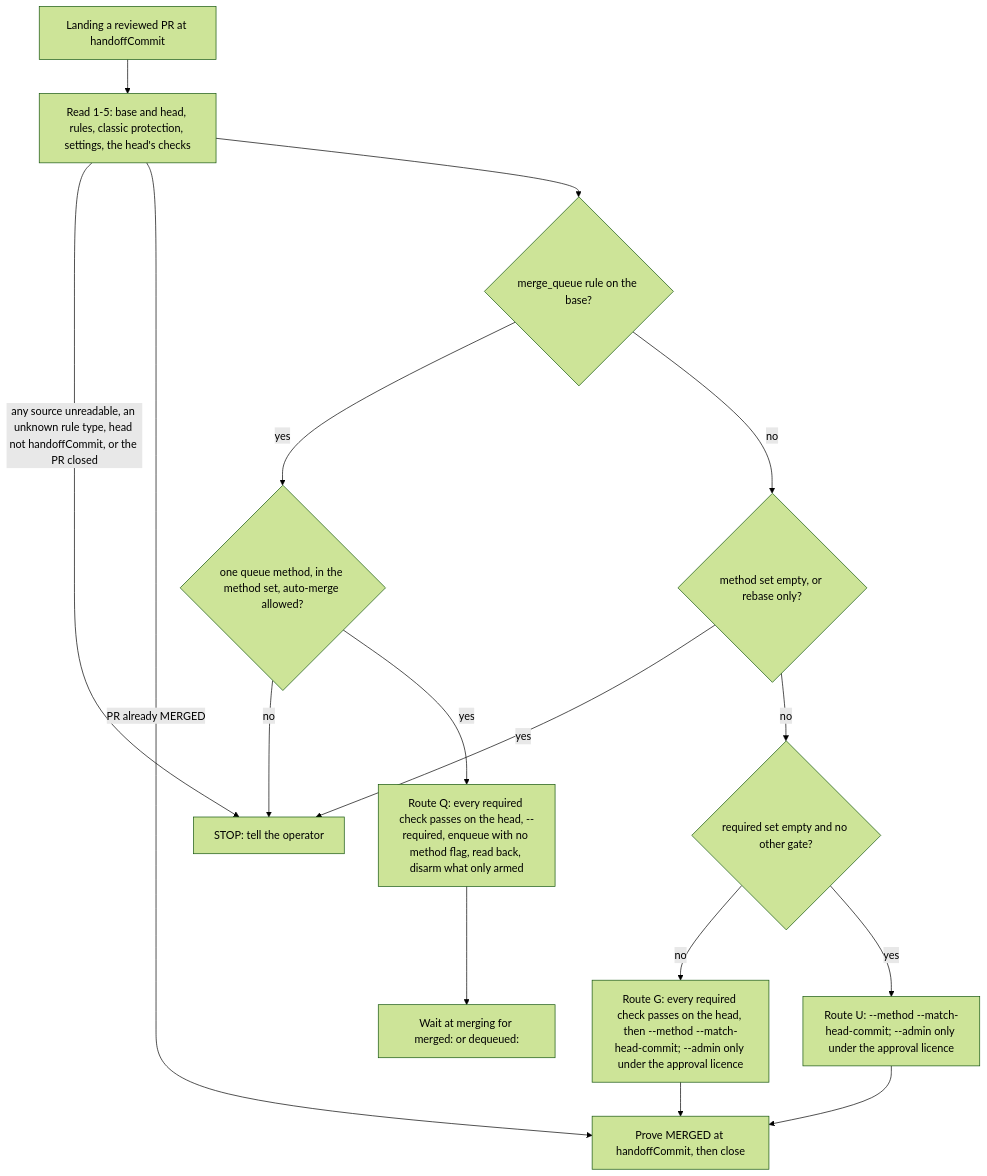
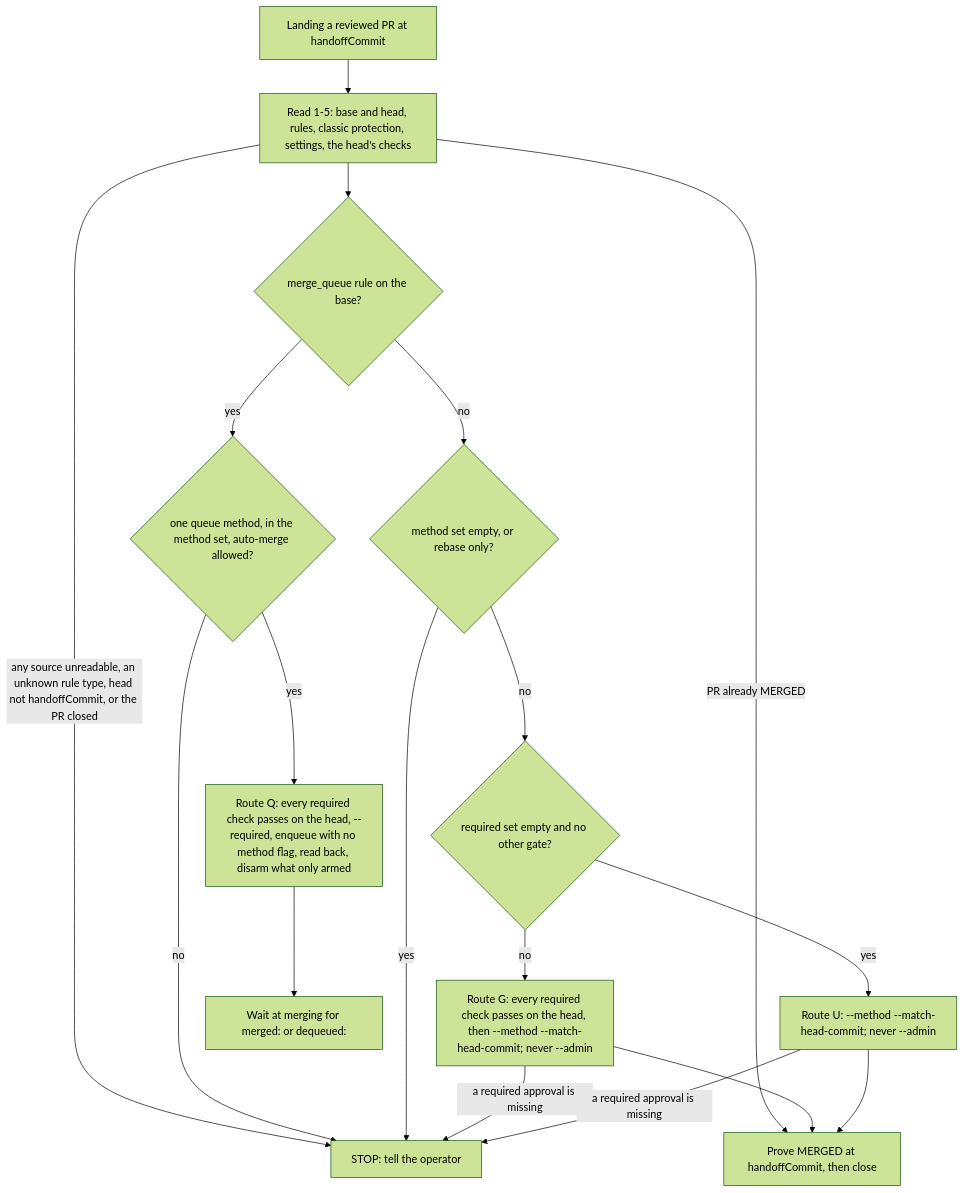
Before and after one commit to Synapsium-Labs/ccrc-pwa: the diagram in docs/superpowers/specs/2026-09-23-landing-order-and-main-churn-design.md, drawn with Mermaid (forest theme). The commit also changed other lines of this file and 1 other file, not shown here.

First line of the commit message:
docs(landing-order): wave 3e's departures D-6336 to D-6345; spec §5.7 says the approval licence is retired

````diff
--- a/docs/superpowers/specs/2026-09-23-landing-order-and-main-churn-design.md
+++ b/docs/superpowers/specs/2026-09-23-landing-order-and-main-churn-design.md
@@ -589,18 +599,20 @@
 ```mermaid
 flowchart TD
   A[Landing a reviewed PR at handoffCommit] --> B[Read 1-5: base and head, rules, classic protection, settings, the head's checks]
   B -->|any source unreadable, an unknown rule type, head not handoffCommit, or the PR closed| S[STOP: tell the operator]
   B -->|PR already MERGED| P
   B --> C{merge_queue rule on the base?}
   C -->|yes| D{one queue method, in the method set, auto-merge allowed?}
   D -->|no| S
   D -->|yes| Q[Route Q: every required check passes on the head, --required, enqueue with no method flag, read back, disarm what only armed]
   C -->|no| E{method set empty, or rebase only?}
   E -->|yes| S
   E -->|no| F{required set empty and no other gate?}
-  F -->|no| G[Route G: every required check passes on the head, then --method --match-head-commit; --admin only under the approval licence]
-  F -->|yes| U[Route U: --method --match-head-commit; --admin only under the approval licence]
+  F -->|no| G[Route G: every required check passes on the head, then --method --match-head-commit; never --admin]
+  F -->|yes| U[Route U: --method --match-head-commit; never --admin]
+  G -->|a required approval is missing| S
+  U -->|a required approval is missing| S
   G --> P[Prove MERGED at handoffCommit, then close]
   U --> P
   Q --> W[Wait at merging for merged: or dequeued:]
 ```
````
